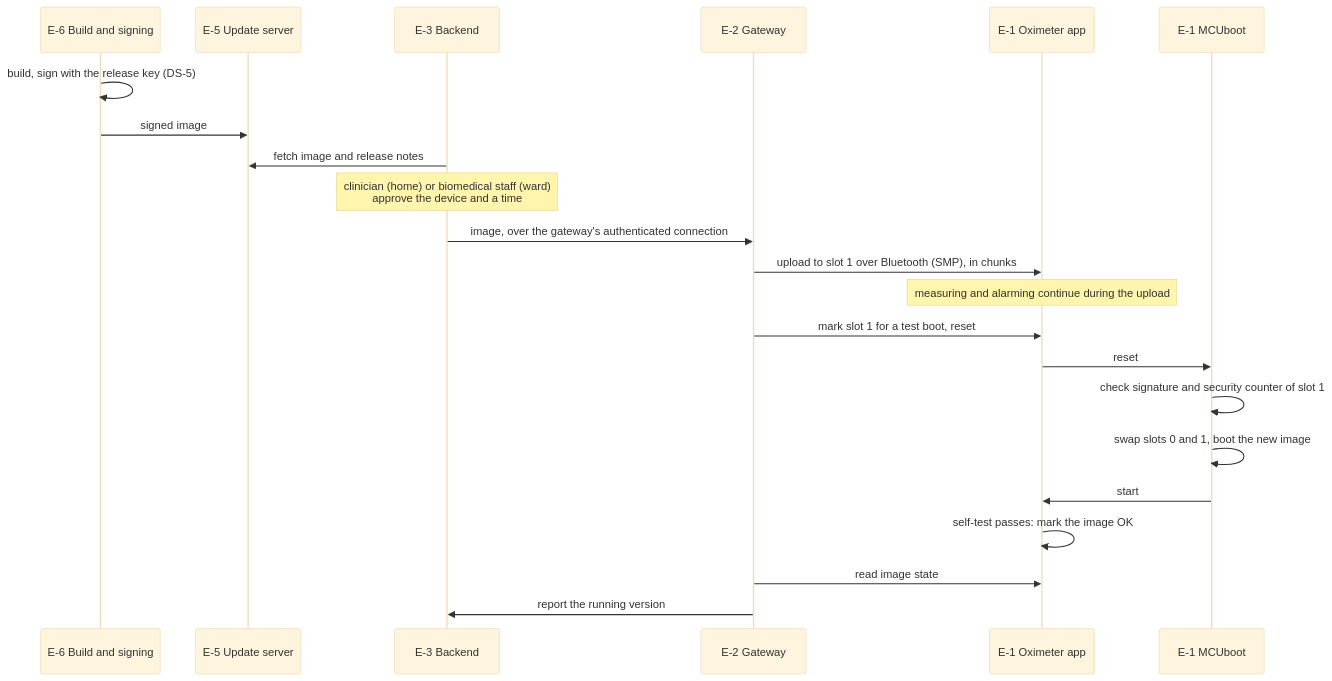
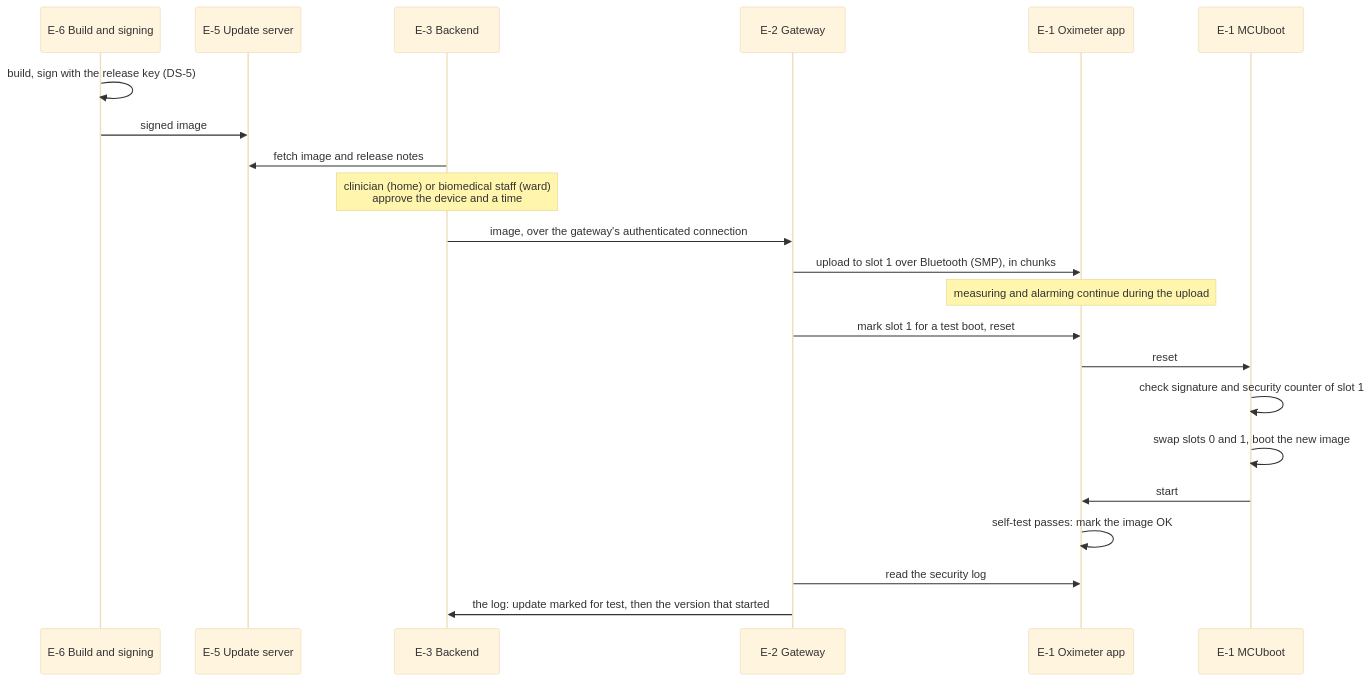
One commit to Tonyc310/medsec-oximeter changed the diagram in docs/security/updatability.md. Above: the diagram before and after it, drawn with Mermaid (base theme). The commit also changed other lines of this file, not shown here.

Commit message:
docs: record update reporting in the updatability view

````diff
--- a/docs/security/updatability.md
+++ b/docs/security/updatability.md
@@ -19,25 +19,25 @@
 ```mermaid
 sequenceDiagram
     participant S as E-6 Build and signing
     participant U as E-5 Update server
     participant B as E-3 Backend
     participant G as E-2 Gateway
     participant A as E-1 Oximeter app
     participant M as E-1 MCUboot
 
     S->>S: build, sign with the release key (DS-5)
     S->>U: signed image
     B->>U: fetch image and release notes
     Note over B: clinician (home) or biomedical staff (ward)<br/>approve the device and a time
     B->>G: image, over the gateway's authenticated connection
     G->>A: upload to slot 1 over Bluetooth (SMP), in chunks
     Note over A: measuring and alarming continue during the upload
     G->>A: mark slot 1 for a test boot, reset
     A->>M: reset
     M->>M: check signature and security counter of slot 1
     M->>M: swap slots 0 and 1, boot the new image
     M->>A: start
     A->>A: self-test passes: mark the image OK
-    G->>A: read image state
-    G->>B: report the running version
+    G->>A: read the security log
+    G->>B: the log: update marked for test, then the version that started
 ```
````
